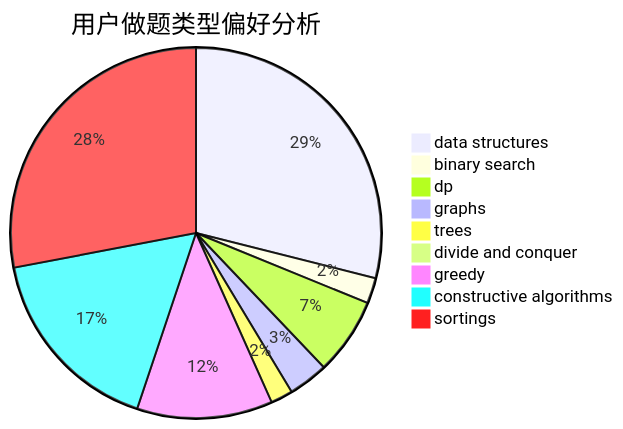
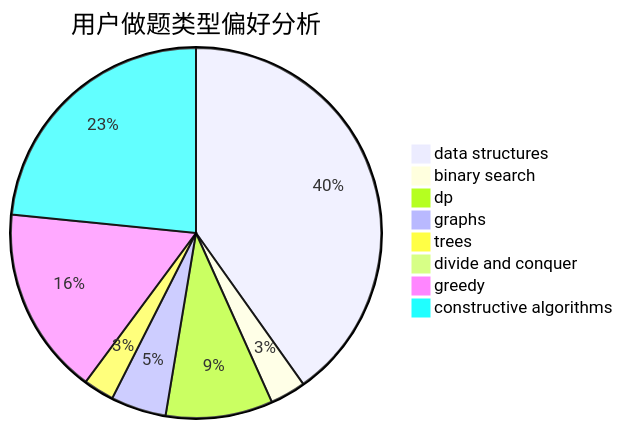
One commit to sherpahu/cfrs.github.io changed the second of 3 diagrams in docs/user/u293.md. Above: the diagram before and after it, drawn with Mermaid. The commit also changed other lines of this file and 2769 other files, not shown here.

````diff
--- a/docs/user/u293.md
+++ b/docs/user/u293.md
@@ -18,12 +18,11 @@
 ```mermaid
 pie title 用户做题类型偏好分析
     "data structures" :  374
     "binary search" :  29
     "dp" :  87
     "graphs" :  45
     "trees" :  25
     "divide and conquer" :  0
     "greedy" :  153
     "constructive algorithms" :  218
-    "sortings" :  362
 ```
````
